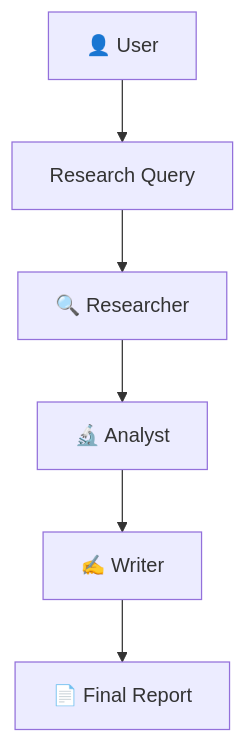
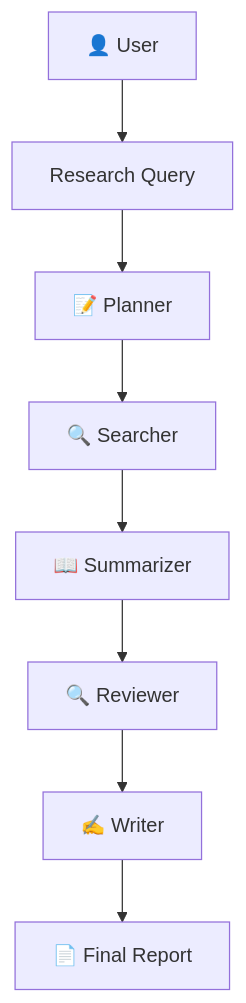
Before and after one commit to PratikPaudel/OrchestrateAI: the diagram in README.md, drawn with Mermaid. The commit also changed other lines of this file, not shown here.

````diff
--- a/README.md
+++ b/README.md
@@ -37,9 +36,11 @@
 ```mermaid
 graph TD
     User[👤 User] --> Query[Research Query]
-    Query --> Researcher[🔍 Researcher]
-    Researcher --> Analyst[🔬 Analyst] 
-    Analyst --> Writer[✍️ Writer]
+    Query --> Planner[📝 Planner]
+    Planner --> Searcher[🔍 Searcher]
+    Searcher --> Summarizer[📖 Summarizer]
+    Summarizer --> Reviewer[🔍 Reviewer]
+    Reviewer --> Writer[✍️ Writer]
     Writer --> Report[📄 Final Report]
     
 ```
````
